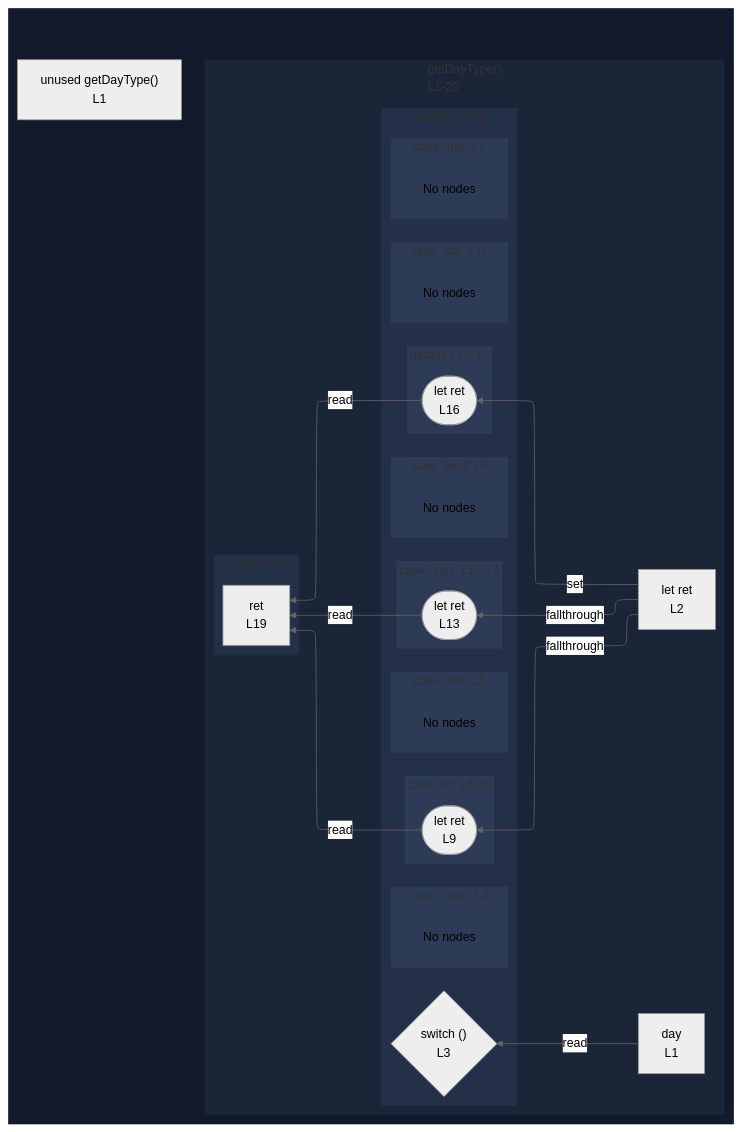
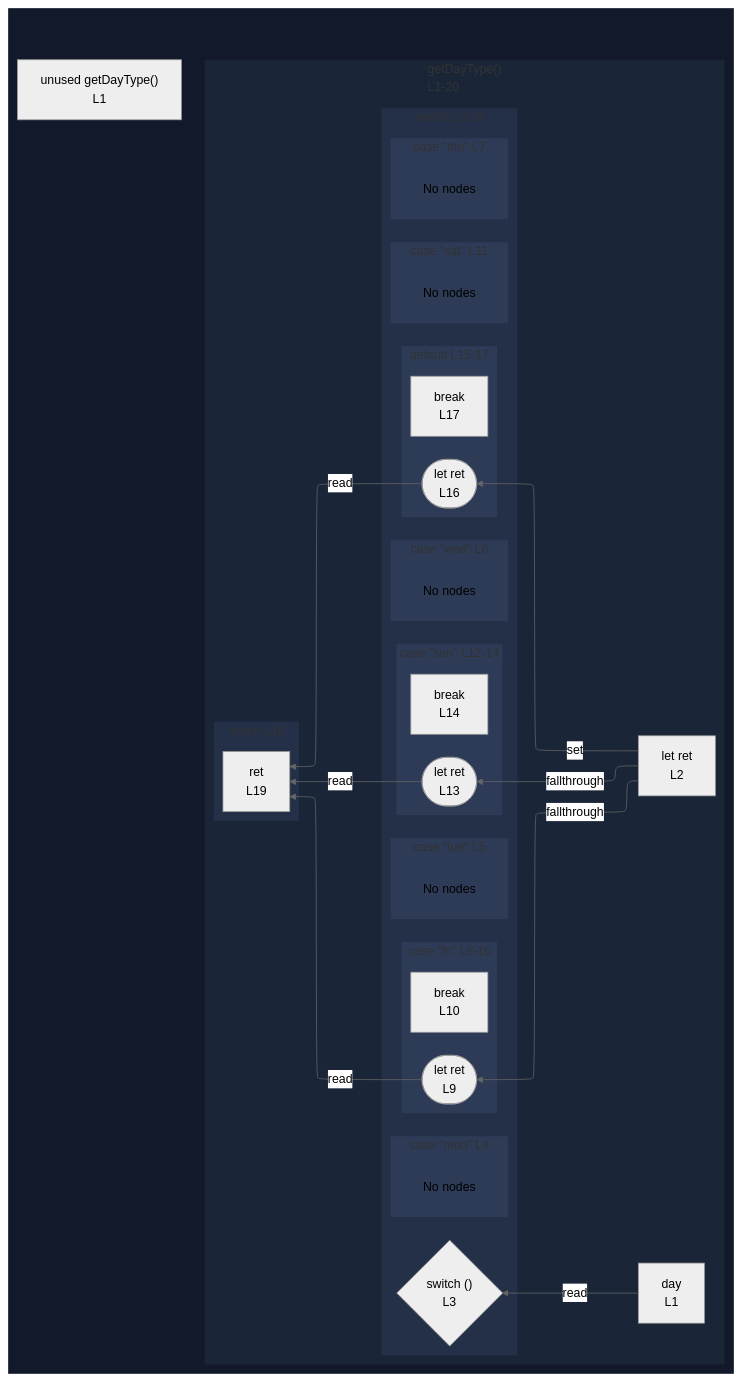
One commit to crescware/unsnarl changed the diagram in integration/fixtures/function/declaration/grouped-switch-cases/preview.md. Above: the diagram before and after it, drawn with Mermaid (neutral theme). The commit also changed 352 other files, not shown here.

```diff
--- a/integration/fixtures/function/declaration/grouped-switch-cases/preview.md
+++ b/integration/fixtures/function/declaration/grouped-switch-cases/preview.md
@@ -59,6 +59,7 @@
         subgraph s_scope_7["case &quot;fri&quot; L8-10"]
           direction RL
           wr_ref_2(["let ret<br/>L9"])
+          bc_break_183["break<br/>L10"]
         end
         subgraph s_scope_8["case &quot;sat&quot; L11"]
           direction RL
@@ -67,10 +68,12 @@
         subgraph s_scope_9["case &quot;sun&quot; L12-14"]
           direction RL
           wr_ref_3(["let ret<br/>L13"])
+          bc_break_251["break<br/>L14"]
         end
         subgraph s_scope_10["default L15-17"]
           direction RL
           wr_ref_4(["let ret<br/>L16"])
+          bc_break_295["break<br/>L17"]
         end
       end
       subgraph s_return_scope_0_getDayType_9_308_319["return L19"]
```
